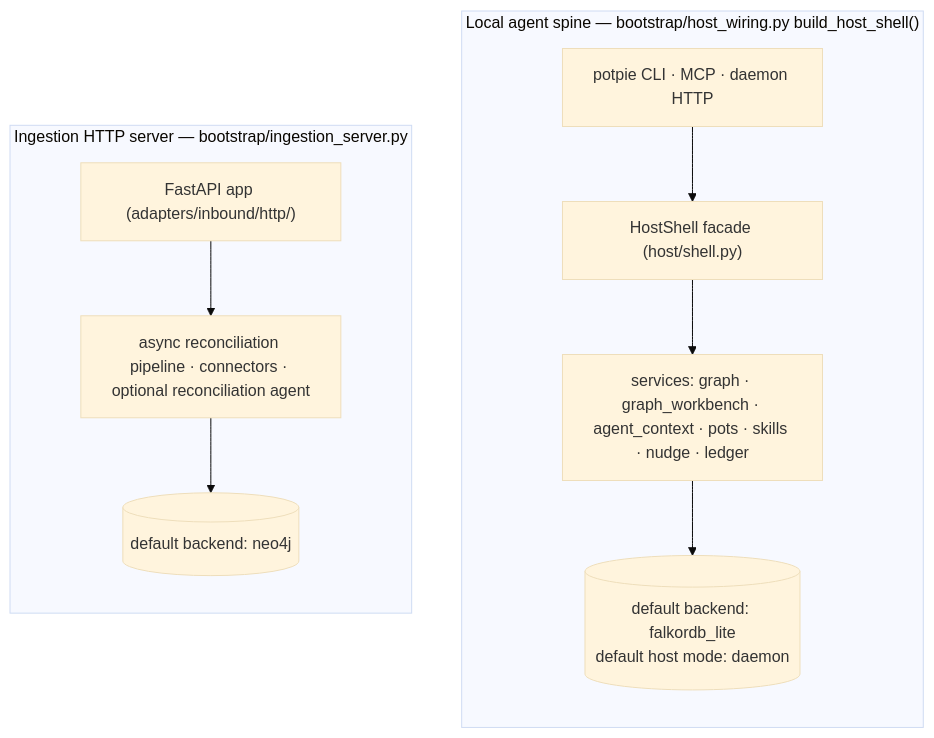
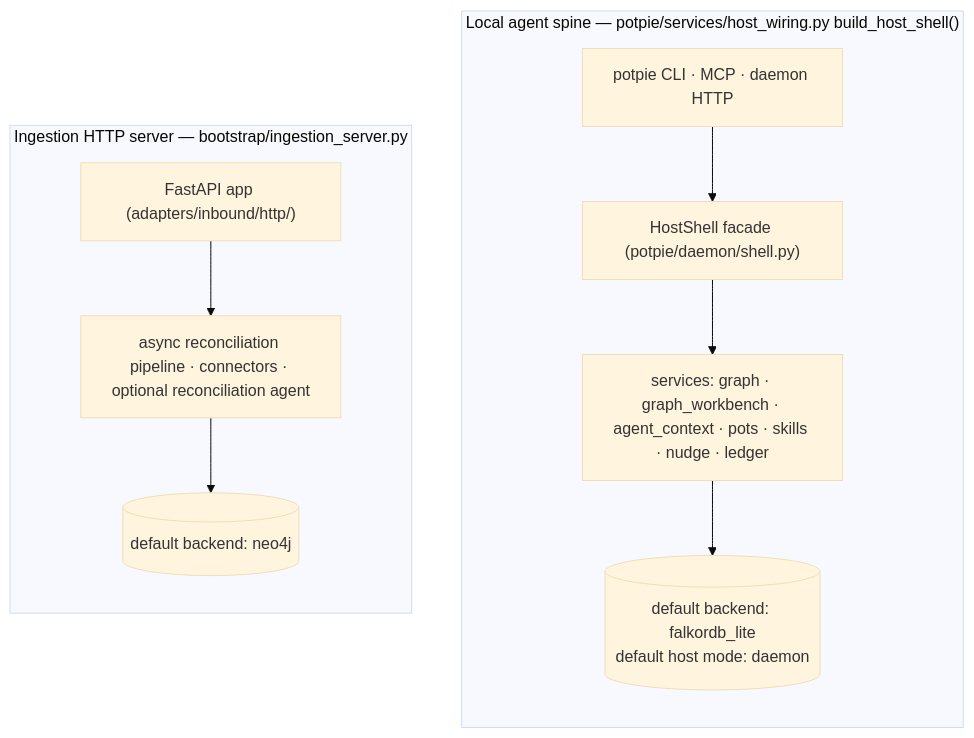
One commit to potpie-ai/potpie changed the second of 5 diagrams in docs/context-graph/architecture.md. Above: the diagram before and after it, drawn with Mermaid (base theme). The commit also changed other lines of this file and 163 other files, not shown here.

First line of the commit message:
Move the daemon, MCP server, and host-app services into the root package

````diff
--- a/docs/context-graph/architecture.md
+++ b/docs/context-graph/architecture.md
@@ -63,19 +63,19 @@
 ```mermaid
 flowchart TB
-  subgraph cg_spine["Local agent spine — bootstrap/host_wiring.py build_host_shell()"]
+  subgraph cg_spine["Local agent spine — potpie/services/host_wiring.py build_host_shell()"]
     direction TB
     cg_cli["potpie CLI · MCP · daemon HTTP"]
-    cg_shell["HostShell facade (host/shell.py)"]
+    cg_shell["HostShell facade (potpie/daemon/shell.py)"]
     cg_services["services: graph · graph_workbench · agent_context · pots · skills · nudge · ledger"]
     cg_lite[("default backend: falkordb_lite<br/>default host mode: daemon")]
     cg_cli --> cg_shell --> cg_services --> cg_lite
   end
 
   subgraph cg_ingest["Ingestion HTTP server — bootstrap/ingestion_server.py"]
     direction TB
     cg_fastapi["FastAPI app (adapters/inbound/http/)"]
     cg_pipeline["async reconciliation pipeline · connectors · optional reconciliation agent"]
     cg_neo[("default backend: neo4j")]
     cg_fastapi --> cg_pipeline --> cg_neo
   end
 ```
````
